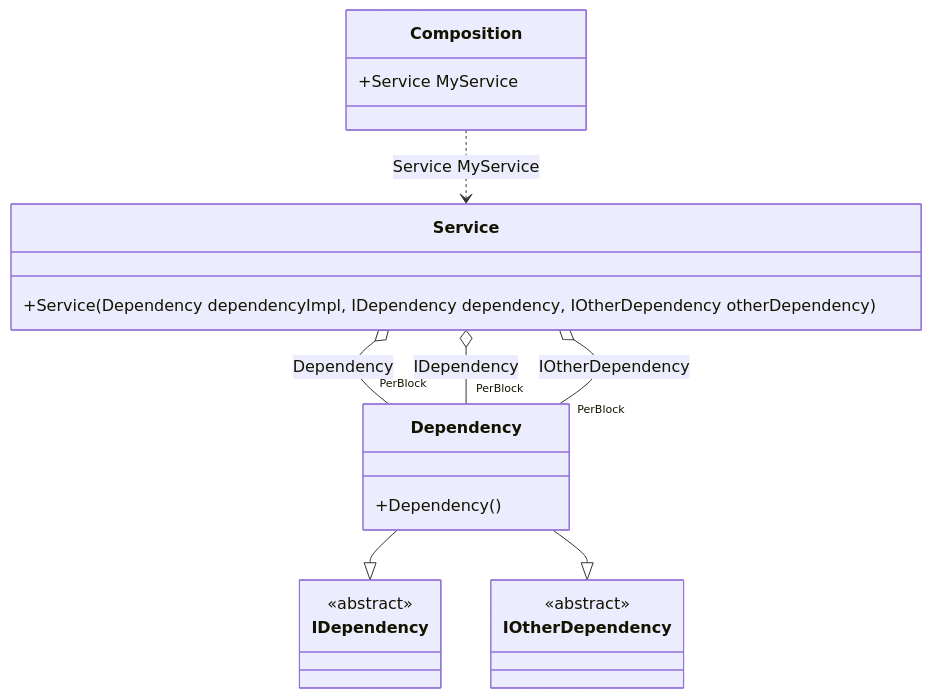
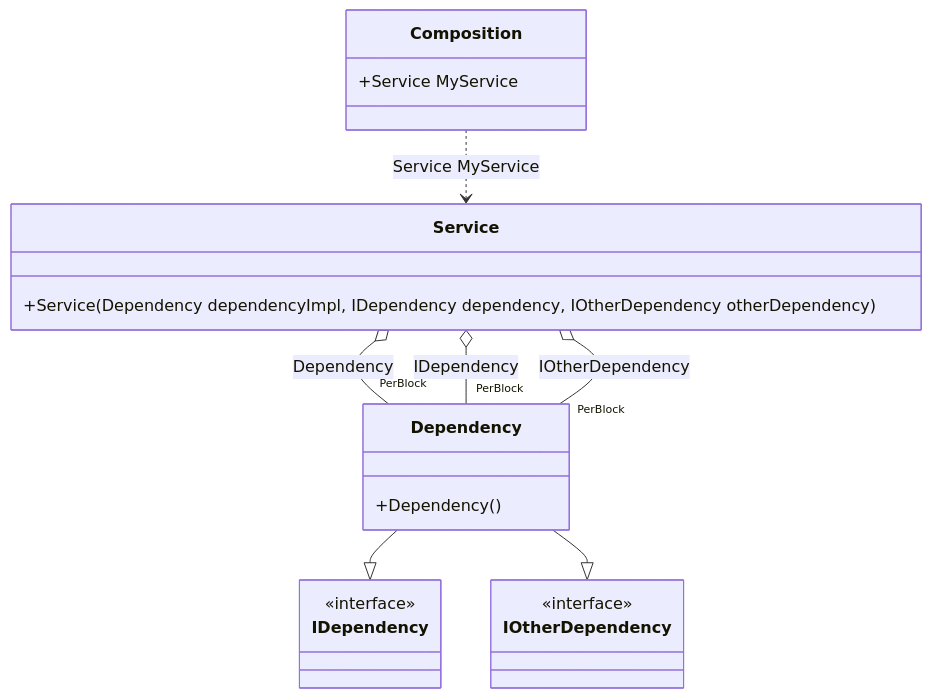
One commit to DevTeam/Pure.DI changed the diagram in readme/simplified-binding.md. Above: the diagram before and after it, drawn with Mermaid. The commit also changed other lines of this file and 113 other files, not shown here.

````diff
--- a/readme/simplified-binding.md
+++ b/readme/simplified-binding.md
@@ -58,24 +58,24 @@
 ```mermaid
 classDiagram
 	class Composition {
 		+Service MyService
 	}
 	class Service {
 		+Service(Dependency dependencyImpl, IDependency dependency, IOtherDependency otherDependency)
 	}
 	Dependency --|> IDependency : 
 	Dependency --|> IOtherDependency : 
 	class Dependency {
 		+Dependency()
 	}
 	class IDependency {
-		<<abstract>>
+		<<interface>>
 	}
 	class IOtherDependency {
-		<<abstract>>
+		<<interface>>
 	}
 	Service o--  "PerBlock" Dependency : Dependency
 	Service o--  "PerBlock" Dependency : IDependency
 	Service o--  "PerBlock" Dependency : IOtherDependency
 	Composition ..> Service : Service MyService
 ```
````
